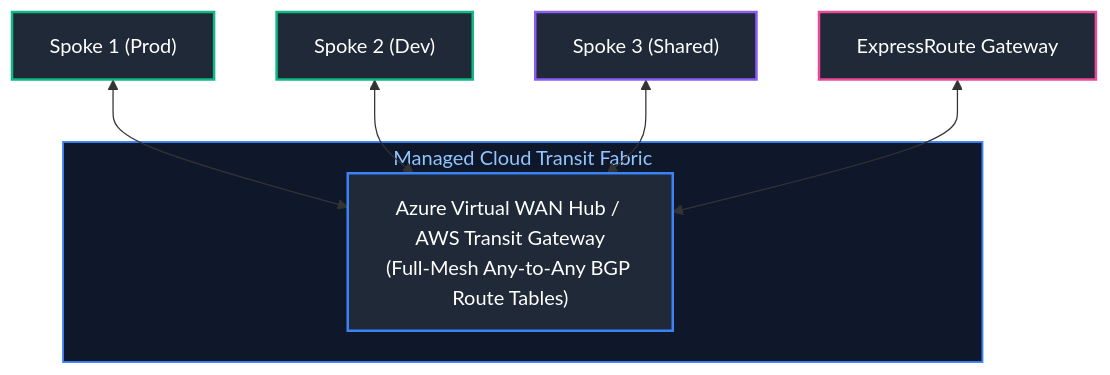
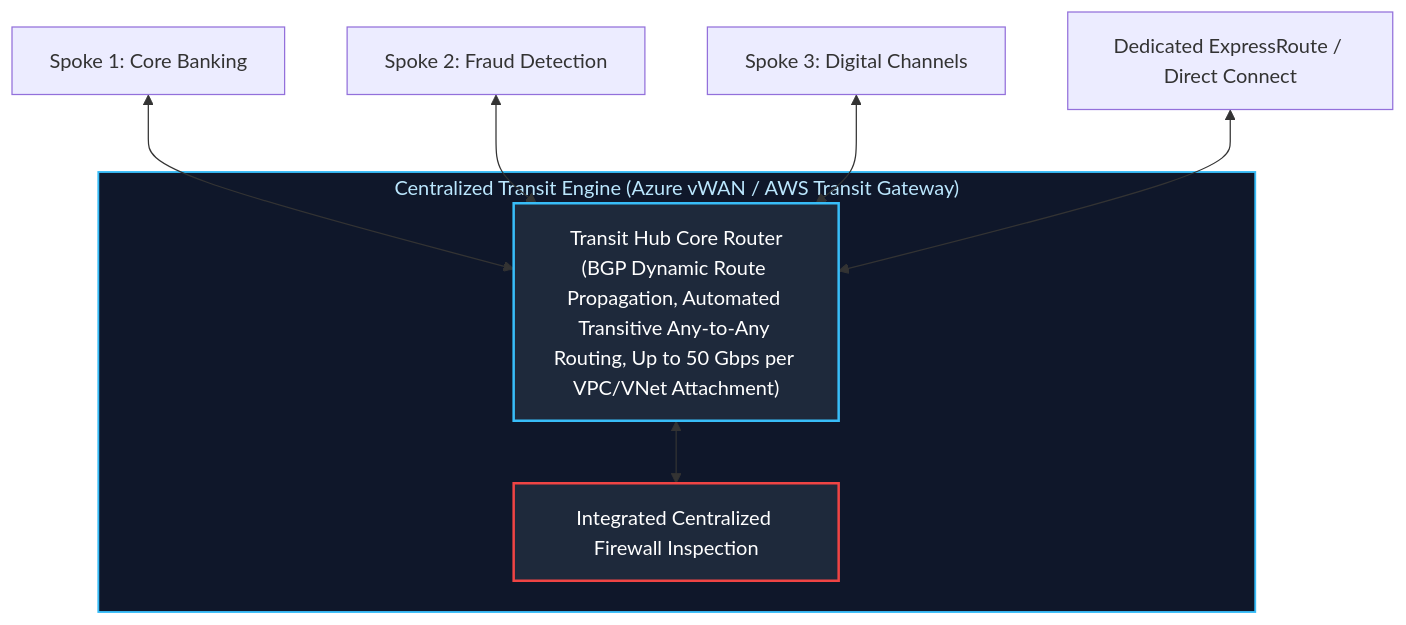
Diagram 11 of 13 in Cloud Engineering/05_cloud_networking_and_infrastructure_design.md (joydeep-biswas/Interview-Preparation), drawn with Mermaid before and after one commit. The commit also changed other lines of this file and 143 other files, not shown here.

````diff
--- a/Cloud Engineering/05_cloud_networking_and_infrastructure_design.md
+++ b/Cloud Engineering/05_cloud_networking_and_infrastructure_design.md
@@ -294,18 +465,17 @@
 ```mermaid
 flowchart TD
-    subgraph TransitFabric ["Managed Cloud Transit Fabric"]
-        HubCore["Azure Virtual WAN Hub / AWS Transit Gateway<br/>(Full-Mesh Any-to-Any BGP Route Tables)"]
+    subgraph EnterpriseTransitFabric ["Centralized Transit Engine (Azure vWAN / AWS Transit Gateway)"]
+        TransitCore["Transit Hub Core Router<br/>(BGP Dynamic Route Propagation, Automated Transitive Any-to-Any Routing, Up to 50 Gbps per VPC/VNet Attachment)"]
+        FirewallService["Integrated Centralized Firewall Inspection"]
+        TransitCore <--> FirewallService
     end
 
-    Spoke1["Spoke 1 (Prod)"] <--> HubCore
-    Spoke2["Spoke 2 (Dev)"] <--> HubCore
-    Spoke3["Spoke 3 (Shared)"] <--> HubCore
-    OnPrem["ExpressRoute Gateway"] <--> HubCore
+    Spoke1["Spoke 1: Core Banking"] <--> TransitCore
+    Spoke2["Spoke 2: Fraud Detection"] <--> TransitCore
+    Spoke3["Spoke 3: Digital Channels"] <--> TransitCore
+    ExpressRouteGW["Dedicated ExpressRoute / Direct Connect"] <--> TransitCore
 
-    style TransitFabric fill:#0f172a,stroke:#3b82f6,stroke-width:1.5px,color:#93c5fd
-    style HubCore fill:#1f2937,stroke:#3b82f6,stroke-width:2px,color:#fff
-    style Spoke1 fill:#1f2937,stroke:#10b981,stroke-width:2px,color:#fff
-    style Spoke2 fill:#1f2937,stroke:#10b981,stroke-width:2px,color:#fff
-    style Spoke3 fill:#1f2937,stroke:#8b5cf6,stroke-width:2px,color:#fff
-    style OnPrem fill:#1f2937,stroke:#ec4899,stroke-width:2px,color:#fff
+    style EnterpriseTransitFabric fill:#0f172a,stroke:#38bdf8,stroke-width:1.5px,color:#bae6fd
+    style TransitCore fill:#1e293b,stroke:#38bdf8,stroke-width:2px,color:#fff
+    style FirewallService fill:#1e293b,stroke:#ef4444,stroke-width:2px,color:#fff
 ```
````
